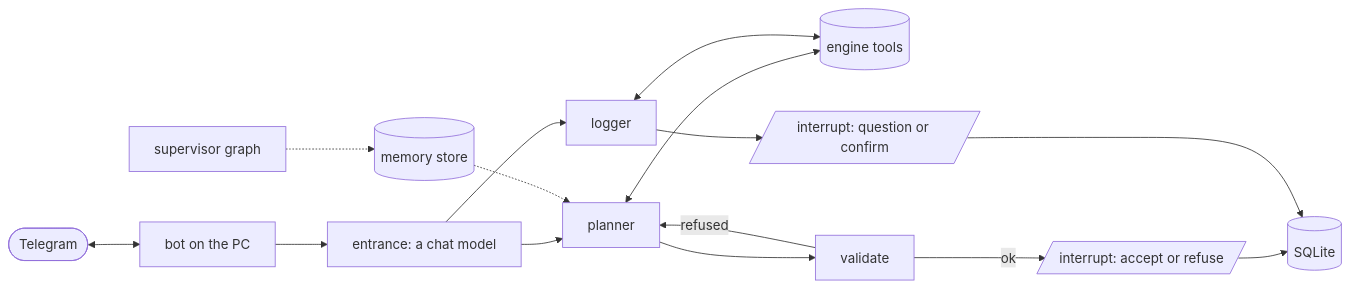
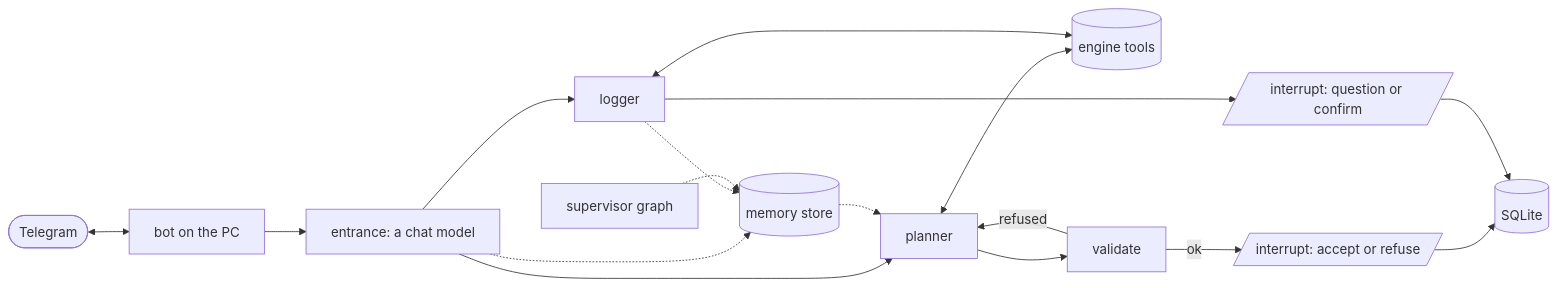
Before and after one commit to danielediodati/REPS: the diagram in README.md, drawn with Mermaid. The commit also changed other lines of this file and 10 other files, not shown here.

````diff
--- a/README.md
+++ b/README.md
@@ -22,17 +22,19 @@
 ```mermaid
 flowchart LR
   tg([Telegram]) <--> bot[bot on the PC]
   bot --> entrance[entrance: a chat model]
   entrance --> planner
   entrance --> logger
   planner <--> tools[(engine tools)]
   logger <--> tools
   planner --> validate
   validate -- refused --> planner
   validate -- ok --> accept[/interrupt: accept or refuse/]
   logger --> ask[/interrupt: question or confirm/]
   accept --> db[(SQLite)]
   ask --> db
-  store[(memory store)] -.-> planner
+  entrance -.-> store[(memory store)]
+  logger -.-> store
+  store -.-> planner
   supervisor[supervisor graph] -.-> store
 ```
````
